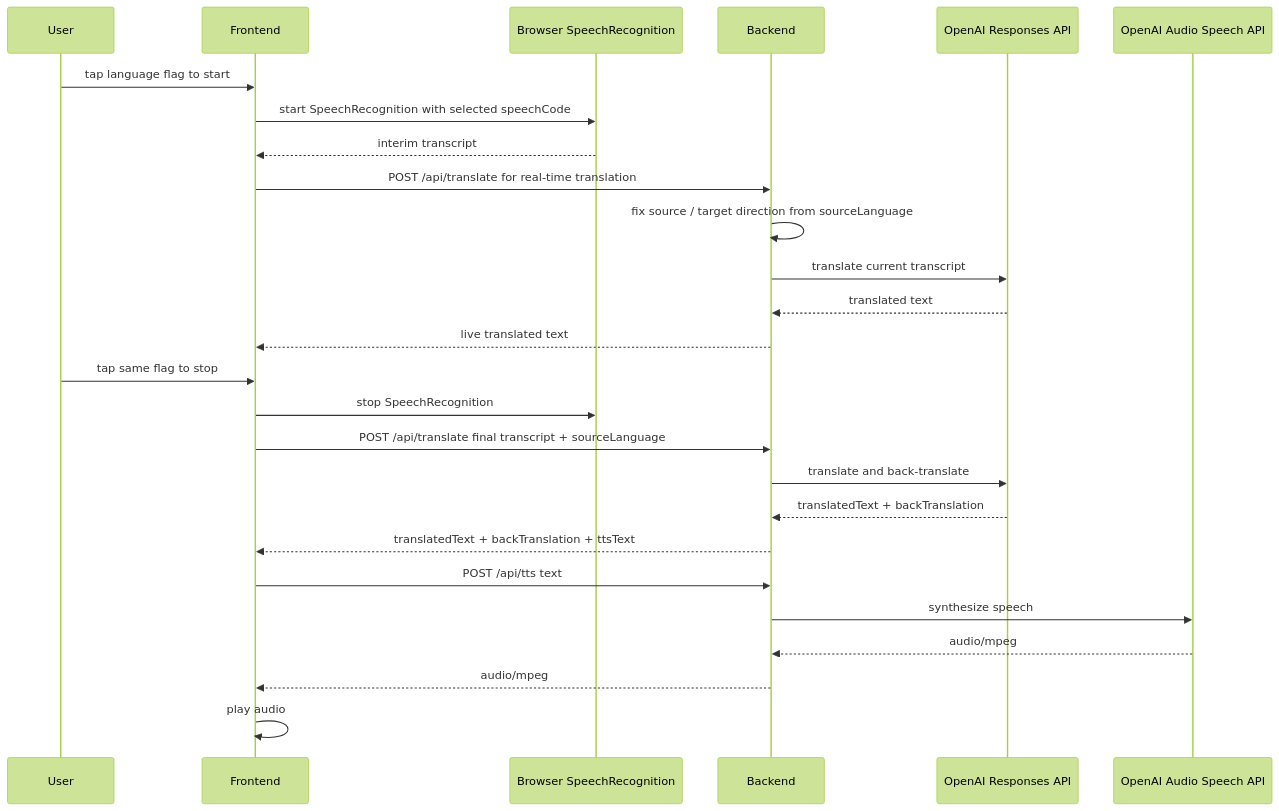
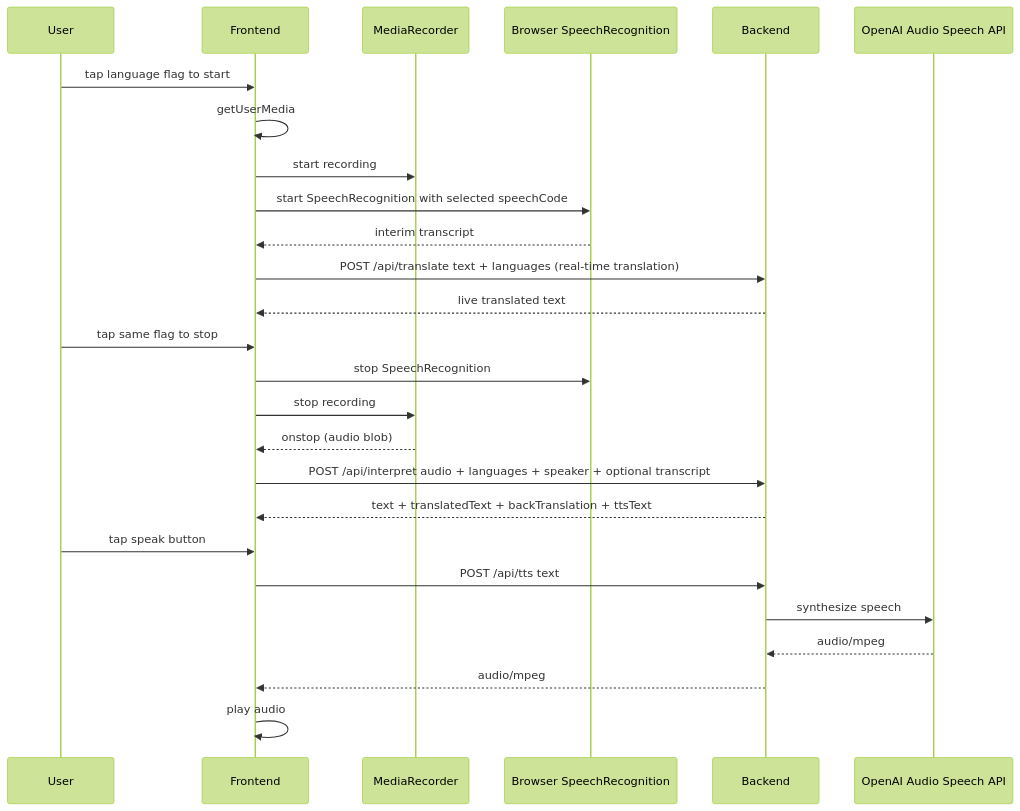
The third of 3 diagrams in docs/architecture.md (shin-arita/gotalk), drawn with Mermaid (forest theme) before and after one commit. The commit also changed other lines of this file and 12 other files, not shown here.

First line of the commit message:
docs: ドキュメントを現行実装（/api/interpret 構成）に合わせて修正 (#14)

````diff
--- a/docs/architecture.md
+++ b/docs/architecture.md
@@ -157,30 +162,30 @@
 ```mermaid
 sequenceDiagram
   participant User as User
   participant FE as Frontend
+  participant MR as MediaRecorder
   participant Browser as Browser SpeechRecognition
   participant BE as Backend
-  participant OA as OpenAI Responses API
   participant TTS as OpenAI Audio Speech API
 
   User->>FE: tap language flag to start
+  FE->>FE: getUserMedia
+  FE->>MR: start recording
   FE->>Browser: start SpeechRecognition with selected speechCode
   Browser-->>FE: interim transcript
-  FE->>BE: POST /api/translate for real-time translation
-  BE->>BE: fix source / target direction from sourceLanguage
-  BE->>OA: translate current transcript
-  OA-->>BE: translated text
+  FE->>BE: POST /api/translate text + languages (real-time translation)
   BE-->>FE: live translated text
 
   User->>FE: tap same flag to stop
   FE->>Browser: stop SpeechRecognition
-  FE->>BE: POST /api/translate final transcript + sourceLanguage
-  BE->>OA: translate and back-translate
-  OA-->>BE: translatedText + backTranslation
-  BE-->>FE: translatedText + backTranslation + ttsText
+  FE->>MR: stop recording
+  MR-->>FE: onstop (audio blob)
+  FE->>BE: POST /api/interpret audio + languages + speaker + optional transcript
+  BE-->>FE: text + translatedText + backTranslation + ttsText
+  User->>FE: tap speak button
   FE->>BE: POST /api/tts text
   BE->>TTS: synthesize speech
   TTS-->>BE: audio/mpeg
   BE-->>FE: audio/mpeg
   FE->>FE: play audio
 ```
````
